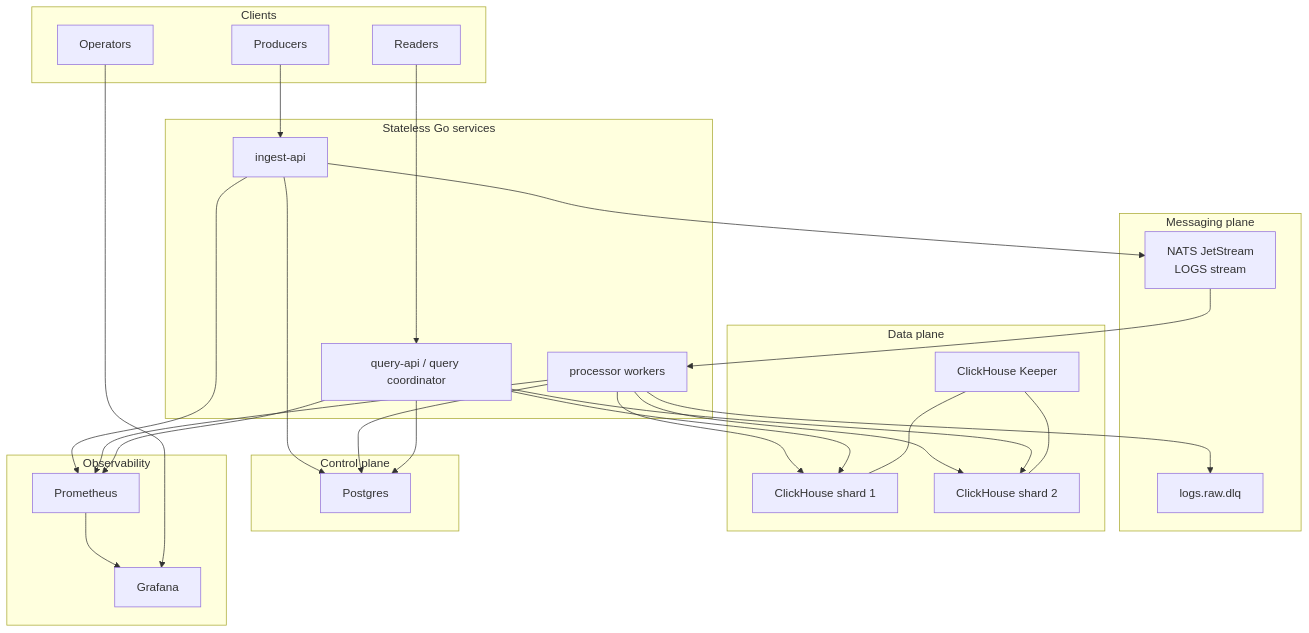
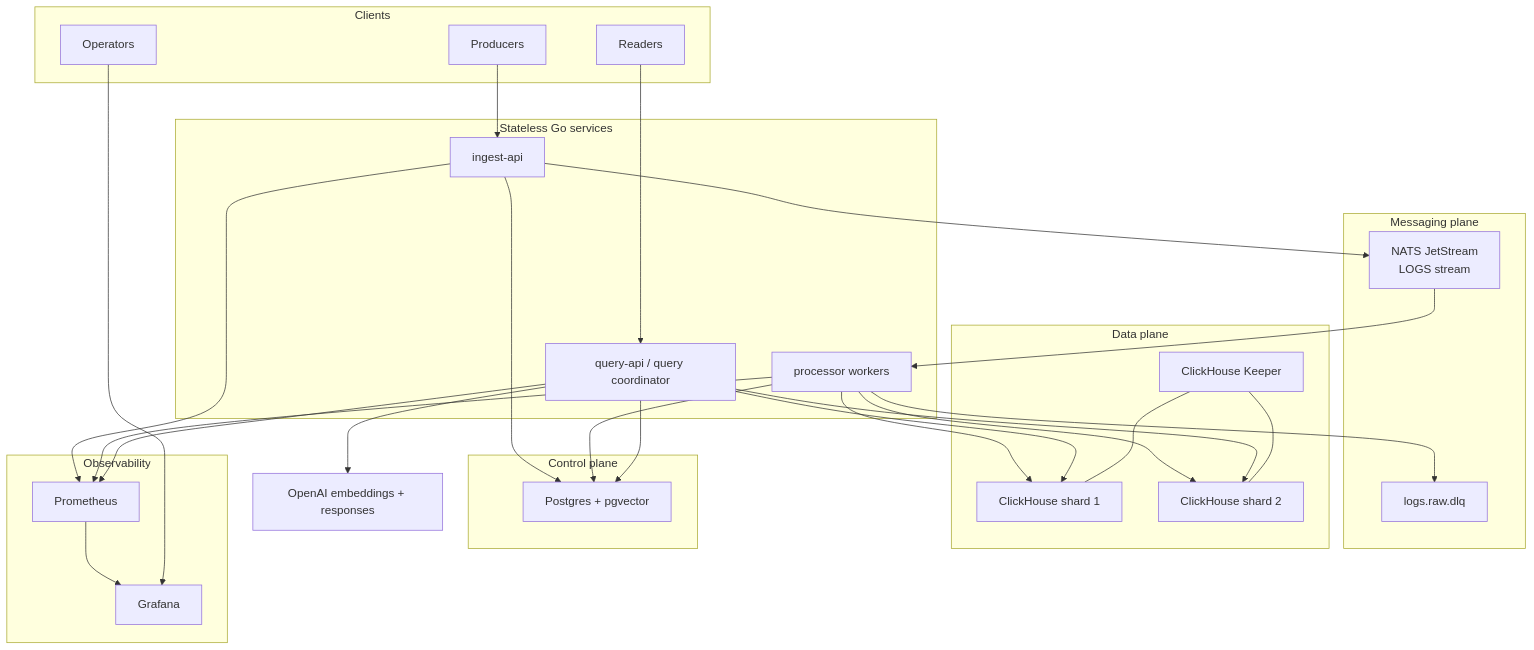
Before and after one commit to PratypartyY2K/real-time-log-aggregator: the second of 13 diagrams in docs/architecture.md, drawn with Mermaid. The commit also changed other lines of this file and 4 other files, not shown here.

````diff
--- a/docs/architecture.md
+++ b/docs/architecture.md
@@ -95,50 +97,53 @@
 ```mermaid
 flowchart TB
     subgraph Clients["Clients"]
         P["Producers"]
         R["Readers"]
         O["Operators"]
     end
 
     subgraph Stateless["Stateless Go services"]
         I["ingest-api"]
         W["processor workers"]
         Q["query-api / query coordinator"]
     end
 
     subgraph Messaging["Messaging plane"]
         JS["NATS JetStream\nLOGS stream"]
         DLQ["logs.raw.dlq"]
     end
 
     subgraph Data["Data plane"]
         C1["ClickHouse shard 1"]
         C2["ClickHouse shard 2"]
         K["ClickHouse Keeper"]
     end
 
     subgraph Control["Control plane"]
-        PG["Postgres"]
+        PG["Postgres + pgvector"]
     end
+
+    AI["OpenAI embeddings + responses"]
 
     subgraph Observe["Observability"]
         PR["Prometheus"]
         G["Grafana"]
     end
 
     P --> I
     I --> PG
     I --> JS
     JS --> W
     W --> C1 & C2
     W --> PG
     W --> DLQ
     R --> Q
     Q --> PG
     Q --> C1 & C2
+    Q --> AI
     K --- C1
     K --- C2
     I & W & Q --> PR
     PR --> G
     O --> G
 ```
````
